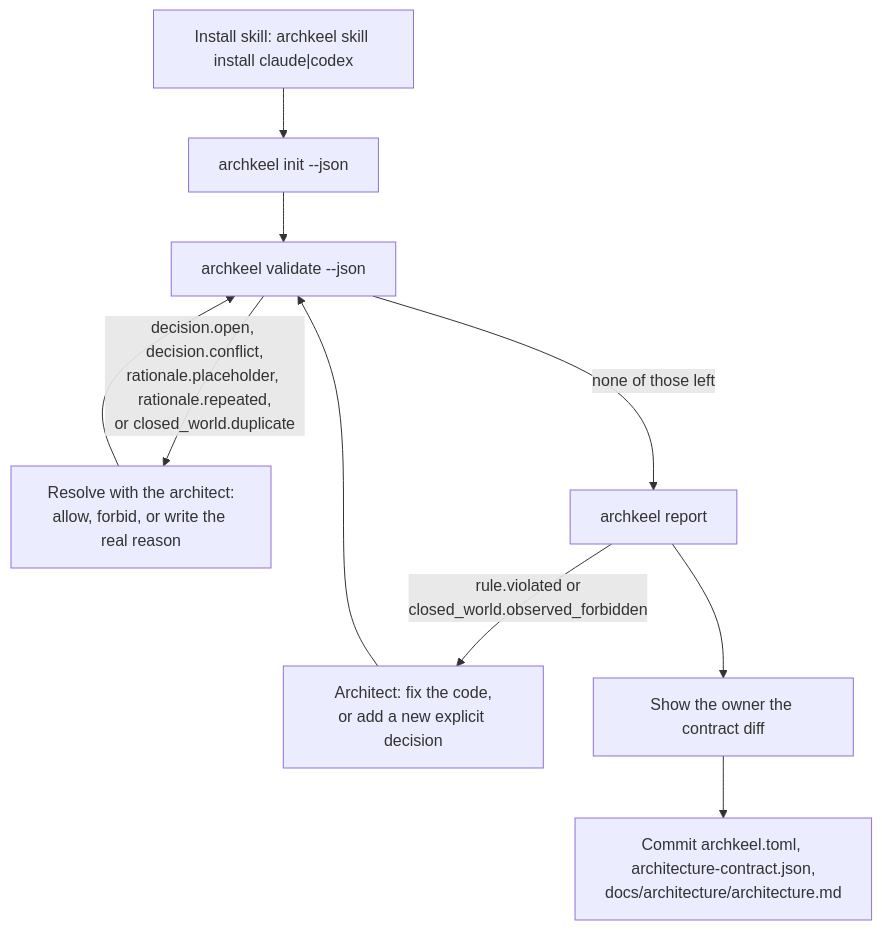
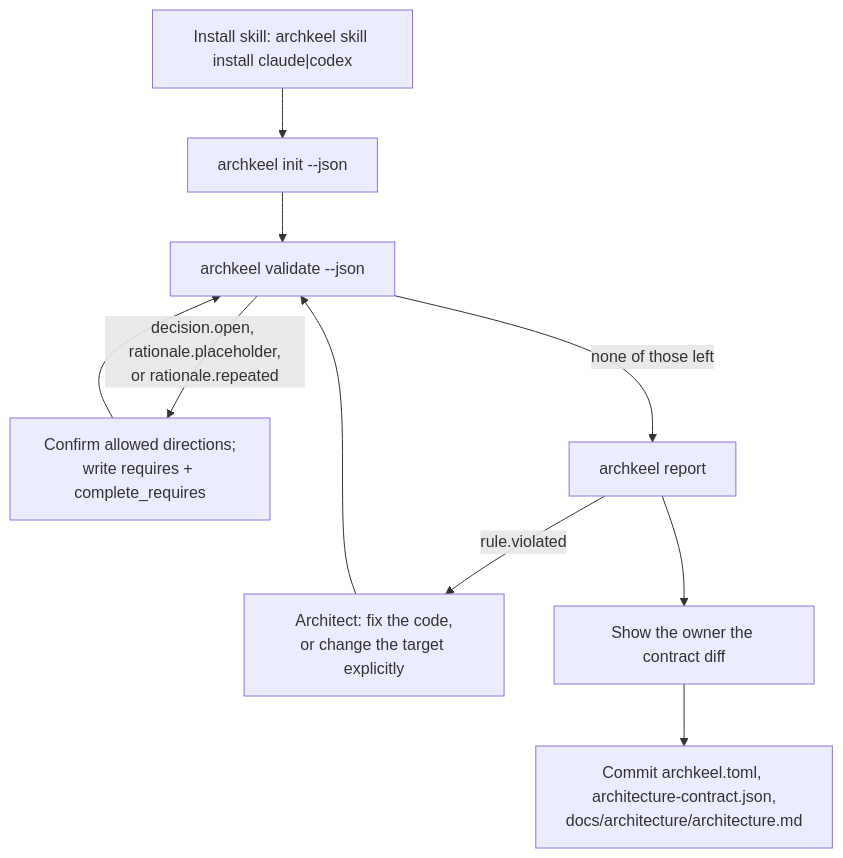
One commit to rapiddweller/archkeel changed the diagram in docs/onboarding.md. Above: the diagram before and after it, drawn with Mermaid. The commit also changed other lines of this file and 7 other files, not shown here.

````diff
--- a/docs/onboarding.md
+++ b/docs/onboarding.md
@@ -39,12 +39,12 @@
 ```mermaid
 flowchart TD
     A["Install skill: archkeel skill install claude|codex"] --> B[archkeel init --json]
     B --> C[archkeel validate --json]
-    C -->|"decision.open, decision.conflict,<br/>rationale.placeholder, rationale.repeated,<br/>or closed_world.duplicate"| D["Resolve with the architect:<br/>allow, forbid, or write the real reason"]
+    C -->|"decision.open, rationale.placeholder,<br/>or rationale.repeated"| D["Confirm allowed directions;<br/>write requires + complete_requires"]
     D --> C
     C -->|none of those left| F[archkeel report]
-    F -->|"rule.violated or<br/>closed_world.observed_forbidden"| L["Architect: fix the code,<br/>or add a new explicit decision"]
+    F -->|"rule.violated"| L["Architect: fix the code,<br/>or change the target explicitly"]
     L --> C
     F --> G[Show the owner the contract diff]
     G --> H["Commit archkeel.toml, architecture-contract.json,<br/>docs/architecture/architecture.md"]
 ```
````
